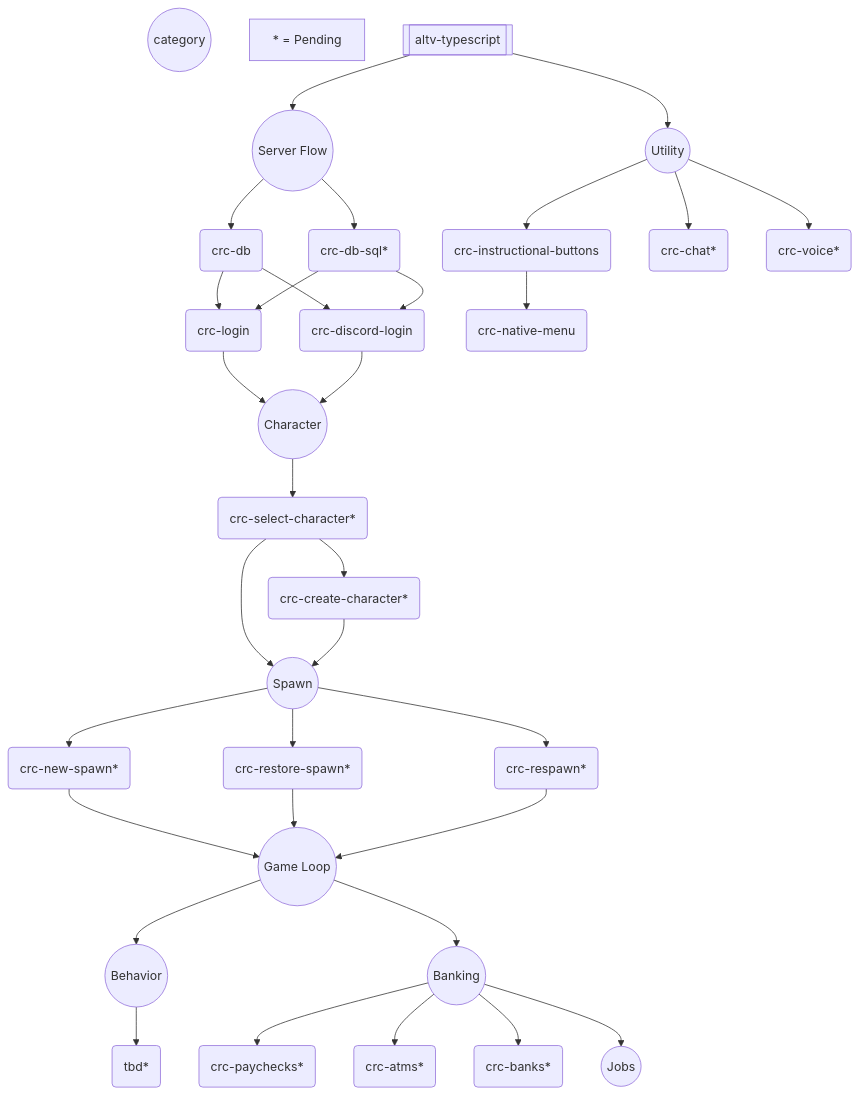
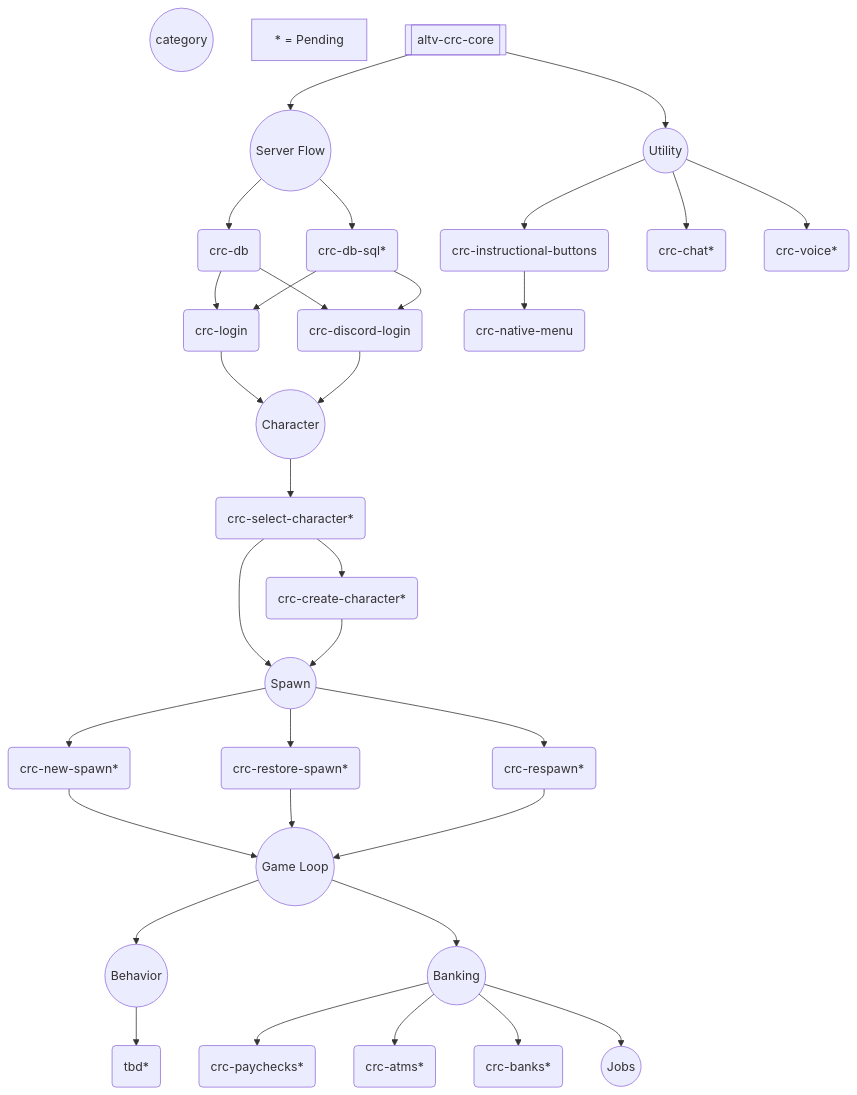
Before and after one commit to altv-crc/.github: the diagram in profile/README.md, drawn with Mermaid.

````diff
--- a/profile/README.md
+++ b/profile/README.md
@@ -30,74 +30,74 @@
 ```mermaid
 graph TD
     category((category))
     not_created[* = Pending]
 
     %% Initial Category
-    altv_typescript[[altv-typescript]]
-    altv_typescript --> cat_core
-    altv_typescript --> cat_utility
+    altv_crc_core[[altv-crc-core]]
+    altv_crc_core --> cat_core
+    altv_crc_core --> cat_utility
 
     %% Core
     cat_core((Server Flow))
     cat_core --> crc_db
     cat_core --> crc_db_sql
 
     %% Database
     crc_db(crc-db)
     crc_db --> crc_login
     crc_db --> crc_discord_login
     crc_db_sql(crc-db-sql*)
     crc_db_sql --> crc_login
     crc_db_sql --> crc_discord_login
 
     %% Authentication
     crc_login(crc-login)
     crc_discord_login(crc-discord-login)
     crc_login --> cat_character
     crc_discord_login --> cat_character
 
     %% Character
     cat_character((Character))
     cat_character --> crc_char_select(crc-select-character*)
     crc_char_select --> crc_char_create(crc-create-character*)
     crc_char_select --> cat_spawn
     crc_char_create --> cat_spawn
 
     %% Spawn
     cat_spawn((Spawn))
     cat_spawn --> crc_new_spawn(crc-new-spawn*)
     cat_spawn --> crc_restore_spawn(crc-restore-spawn*)
     cat_spawn --> crc_respawn(crc-respawn*)
     crc_new_spawn --> cat_game_loop
     crc_restore_spawn --> cat_game_loop
     crc_respawn --> cat_game_loop
 
     %% Game Loop
     cat_game_loop((Game Loop))
     cat_game_loop --> cat_behavior
     cat_game_loop --> cat_banking
    
     %% Behavior
     cat_behavior((Behavior))
     cat_behavior --> tbd(tbd*)
 
     %% Banking
     cat_banking((Banking))
     cat_banking --> crc_paychecks(crc-paychecks*)
     cat_banking --> crc_atm(crc-atms*)
     cat_banking --> crc_banks(crc-banks*)
     cat_banking --> cat_jobs
 
     %% Jobs
     cat_jobs((Jobs))
 
     %% Utility
     cat_utility((Utility))
 
     cat_utility --> crc_instructional_buttons(crc-instructional-buttons)
     crc_instructional_buttons --> crc_native_menu(crc-native-menu)
 
     cat_utility --> crc_chat(crc-chat*)
 
     cat_utility --> crc_voice(crc-voice*)
 ```
````
